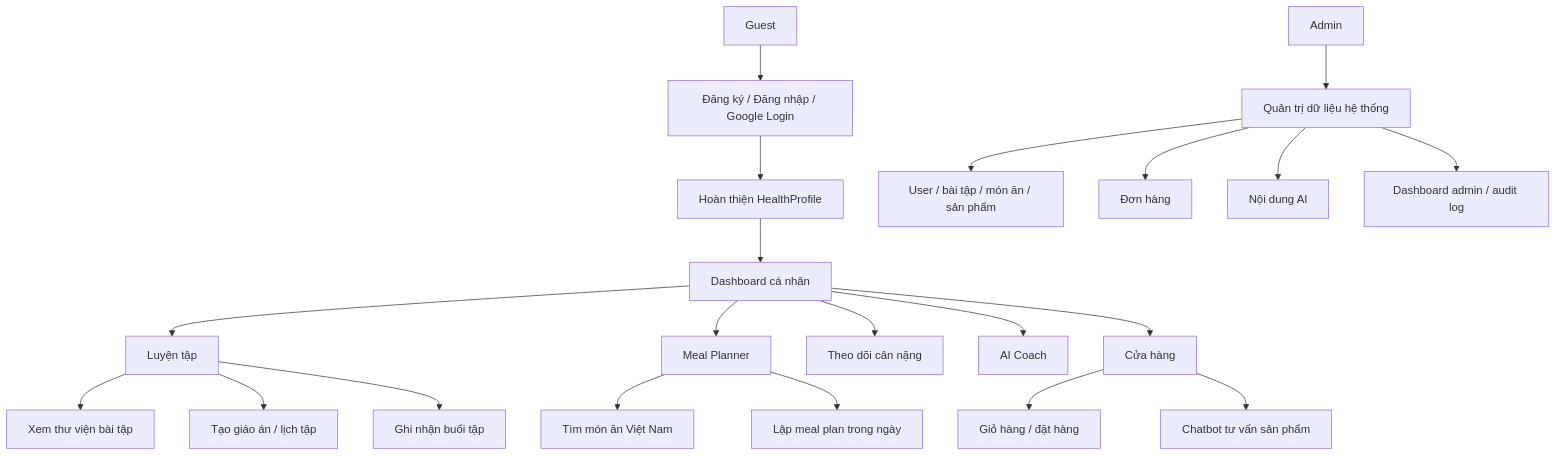
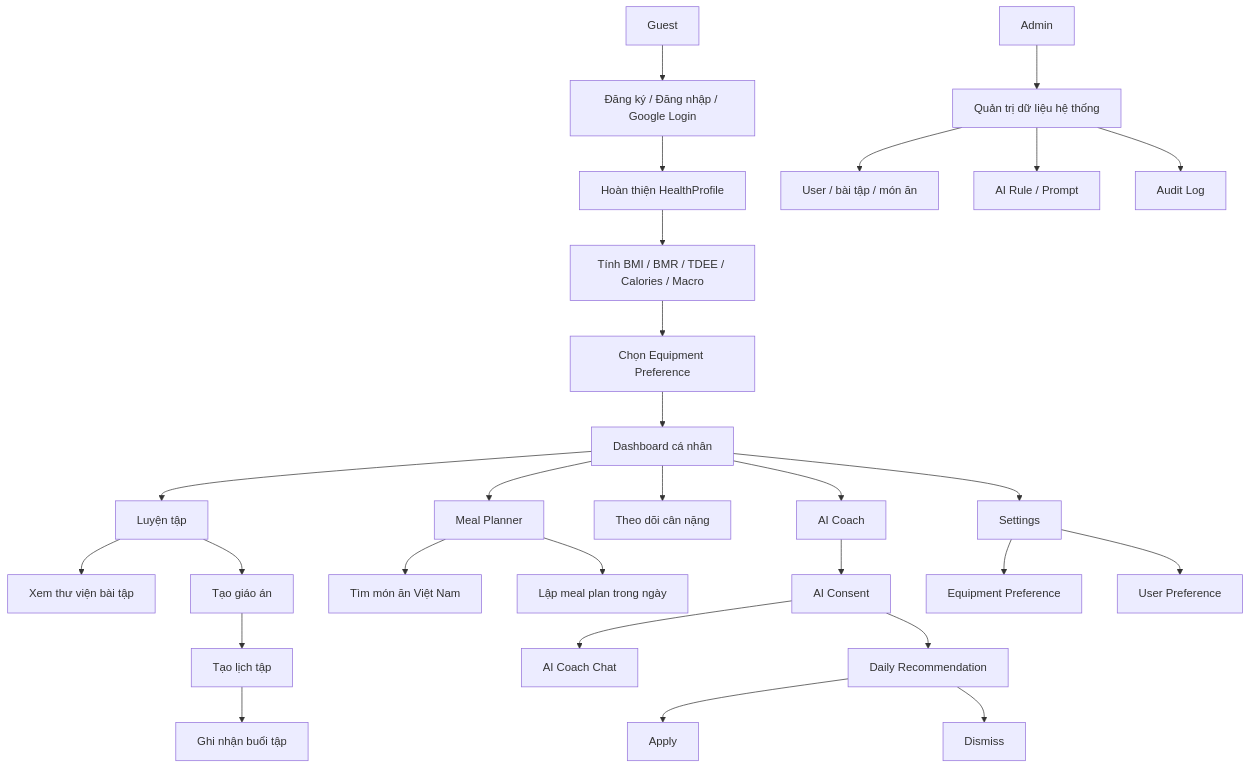
Before and after one commit to tgiahuy/VieGym: the first of 21 diagrams in docs/spec/bussiness_mainflow.md, drawn with Mermaid. The commit also changed other lines of this file and 16 other files, not shown here.

````diff
--- a/docs/spec/bussiness_mainflow.md
+++ b/docs/spec/bussiness_mainflow.md
@@ -41,28 +52,36 @@
 ```mermaid
 flowchart TD
     Guest[Guest] --> Auth[Đăng ký / Đăng nhập / Google Login]
     Auth --> Health[Hoàn thiện HealthProfile]
-    Health --> Dashboard[Dashboard cá nhân]
+    Health --> Metrics[Tính BMI / BMR / TDEE / Calories / Macro]
+    Metrics --> Equipment[Chọn Equipment Preference]
+    Equipment --> Dashboard[Dashboard cá nhân]
 
     Dashboard --> Workout[Luyện tập]
     Dashboard --> Nutrition[Meal Planner]
     Dashboard --> Body[Theo dõi cân nặng]
-    Dashboard --> Coach[AI Coach]
-    Dashboard --> Shop[Cửa hàng]
+    Dashboard --> AI[AI Coach]
+    Dashboard --> Settings[Settings]
 
     Workout --> Exercise[Xem thư viện bài tập]
-    Workout --> Program[Tạo giáo án / lịch tập]
-    Workout --> Log[Ghi nhận buổi tập]
+    Workout --> Program[Tạo giáo án]
+    Program --> Schedule[Tạo lịch tập]
+    Schedule --> Log[Ghi nhận buổi tập]
 
     Nutrition --> Food[Tìm món ăn Việt Nam]
     Nutrition --> MealPlan[Lập meal plan trong ngày]
 
-    Shop --> Cart[Giỏ hàng / đặt hàng]
-    Shop --> SalesBot[Chatbot tư vấn sản phẩm]
+    AI --> Consent[AI Consent]
+    Consent --> Coach[AI Coach Chat]
+    Consent --> Recommendation[Daily Recommendation]
+    Recommendation --> Apply[Apply]
+    Recommendation --> Dismiss[Dismiss]
+
+    Settings --> EquipmentSettings[Equipment Preference]
+    Settings --> Preference[User Preference]
 
     Admin[Admin] --> AdminPanel[Quản trị dữ liệu hệ thống]
-    AdminPanel --> AdminData[User / bài tập / món ăn / sản phẩm]
-    AdminPanel --> AdminOrder[Đơn hàng]
-    AdminPanel --> AdminAI[Nội dung AI]
-    AdminPanel --> AdminDash[Dashboard admin / audit log]
+    AdminPanel --> AdminData[User / bài tập / món ăn]
+    AdminPanel --> AdminAI[AI Rule / Prompt]
+    AdminPanel --> Audit[Audit Log]
 ```
````
